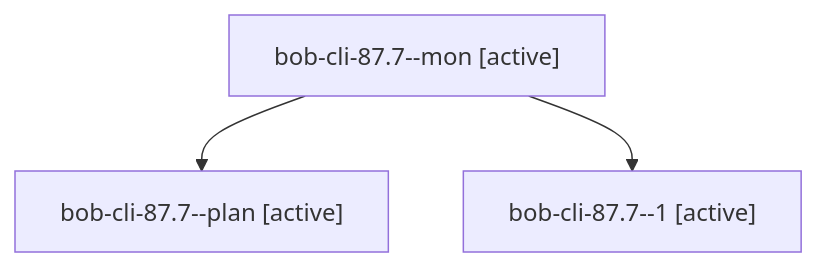
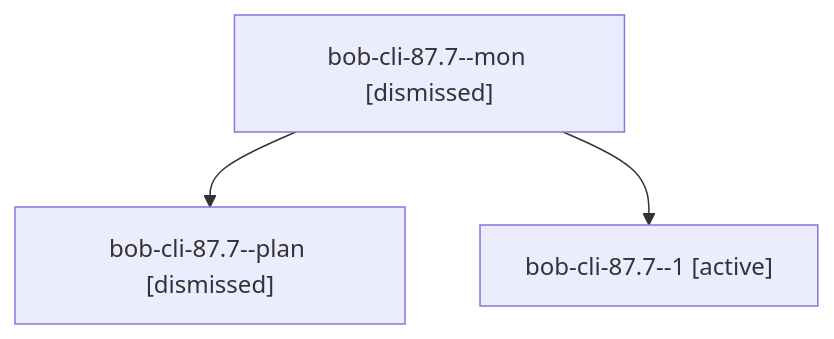
Before and after one commit to bobs-org/bob-cli--agents: the diagram in sessions/bbugyi200.athena.bob-cli-87.7.md, drawn with Mermaid. The commit also changed other lines of this file and 210 other files, not shown here.

````diff
--- a/sessions/bbugyi200.athena.bob-cli-87.7.md
+++ b/sessions/bbugyi200.athena.bob-cli-87.7.md
@@ -9,8 +9,8 @@
 ```mermaid
 flowchart TD
-  n0["bob-cli-87.7--mon [active]"]
-  n1["bob-cli-87.7--plan [active]"]
+  n0["bob-cli-87.7--mon [dismissed]"]
+  n1["bob-cli-87.7--plan [dismissed]"]
   n0 --> n1
   n2["bob-cli-87.7--1 [active]"]
   n0 --> n2
 ```
````
